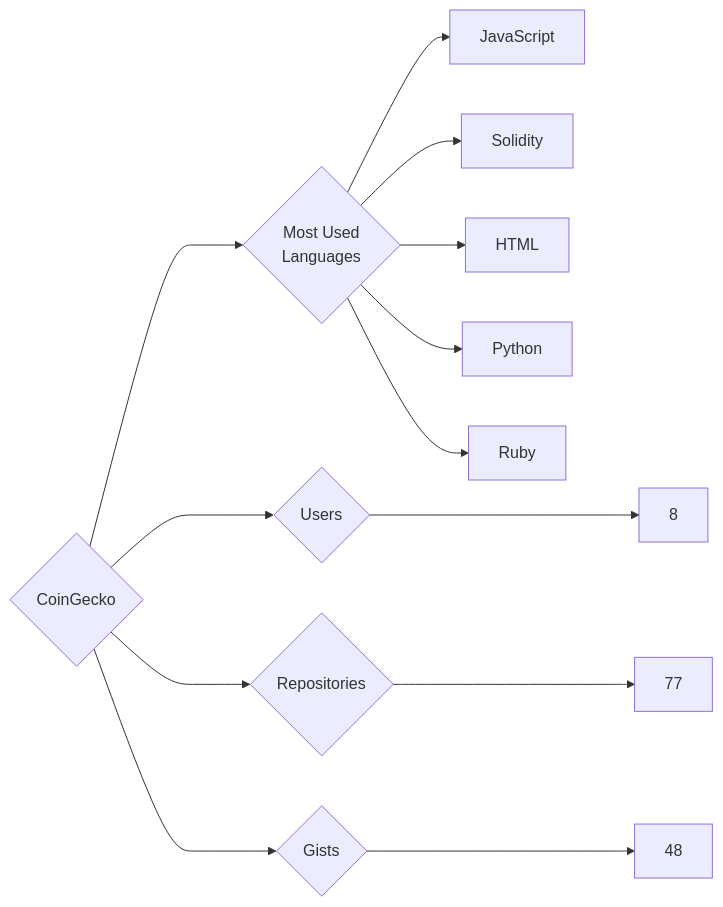
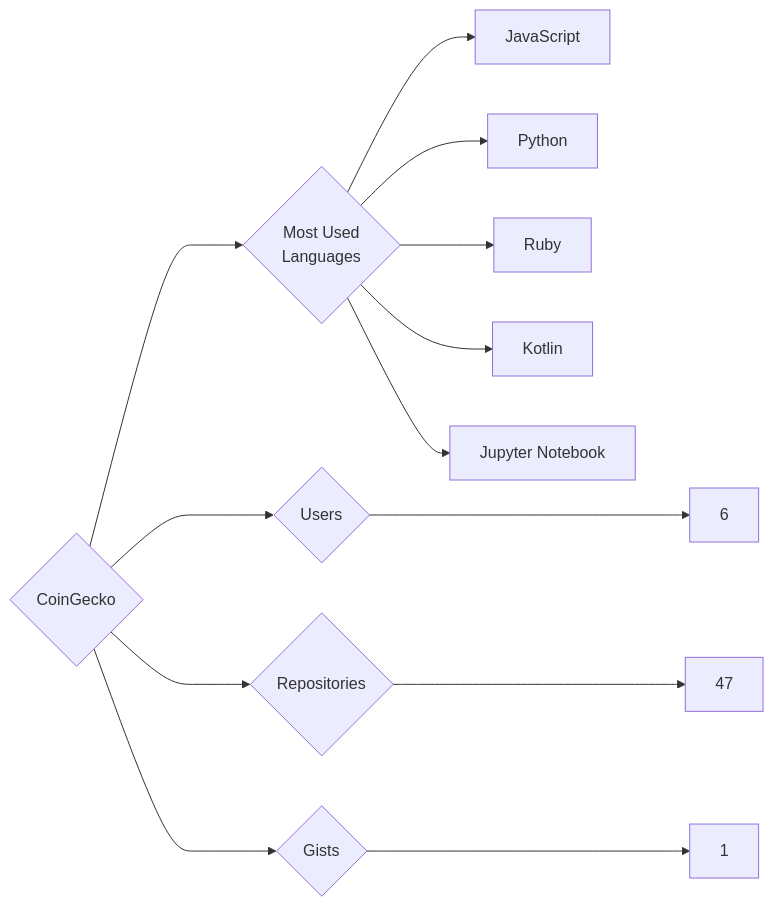
One commit to trickest/insiders changed the diagram in targets/CoinGecko/README.md. Above: the diagram before and after it, drawn with Mermaid. The commit also changed 993 other files, not shown here.

````diff
--- a/targets/CoinGecko/README.md
+++ b/targets/CoinGecko/README.md
@@ -3,13 +3,13 @@
 ```mermaid
 graph LR
 COMPANY_NAME{CoinGecko}
-COMPANY_NAME ---> U{Users} ---> UN[8]
-COMPANY_NAME ---> R{Repositories} ---> RN[77]
-COMPANY_NAME ---> G{Gists} ---> GN[48]
+COMPANY_NAME ---> U{Users} ---> UN[6]
+COMPANY_NAME ---> R{Repositories} ---> RN[47]
+COMPANY_NAME ---> G{Gists} ---> GN[1]
 COMPANY_NAME ---> ML{Most Used<br>Languages}
 ML --> JavaScript[JavaScript]
-ML --> Solidity[Solidity]
-ML --> HTML[HTML]
 ML --> Python[Python]
 ML --> Ruby[Ruby]
+ML --> Kotlin[Kotlin]
+ML --> Jupyter_Notebook[Jupyter Notebook]
 ```
````
